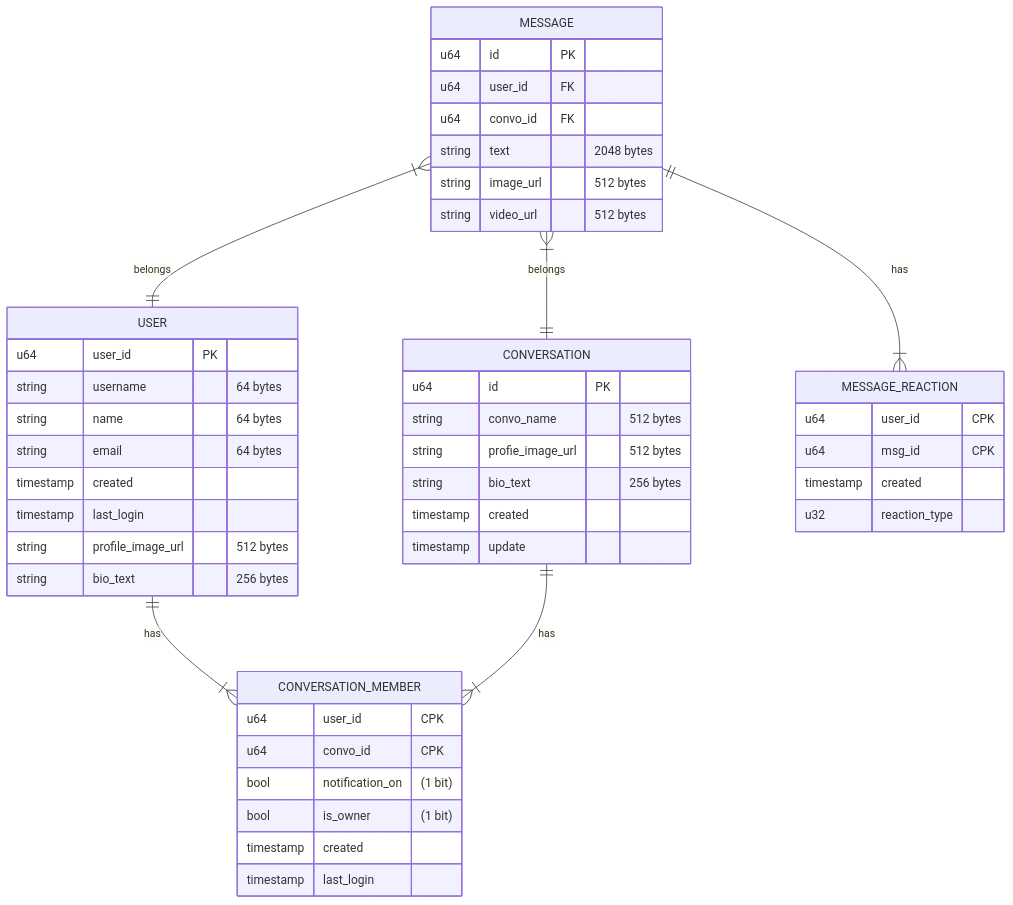
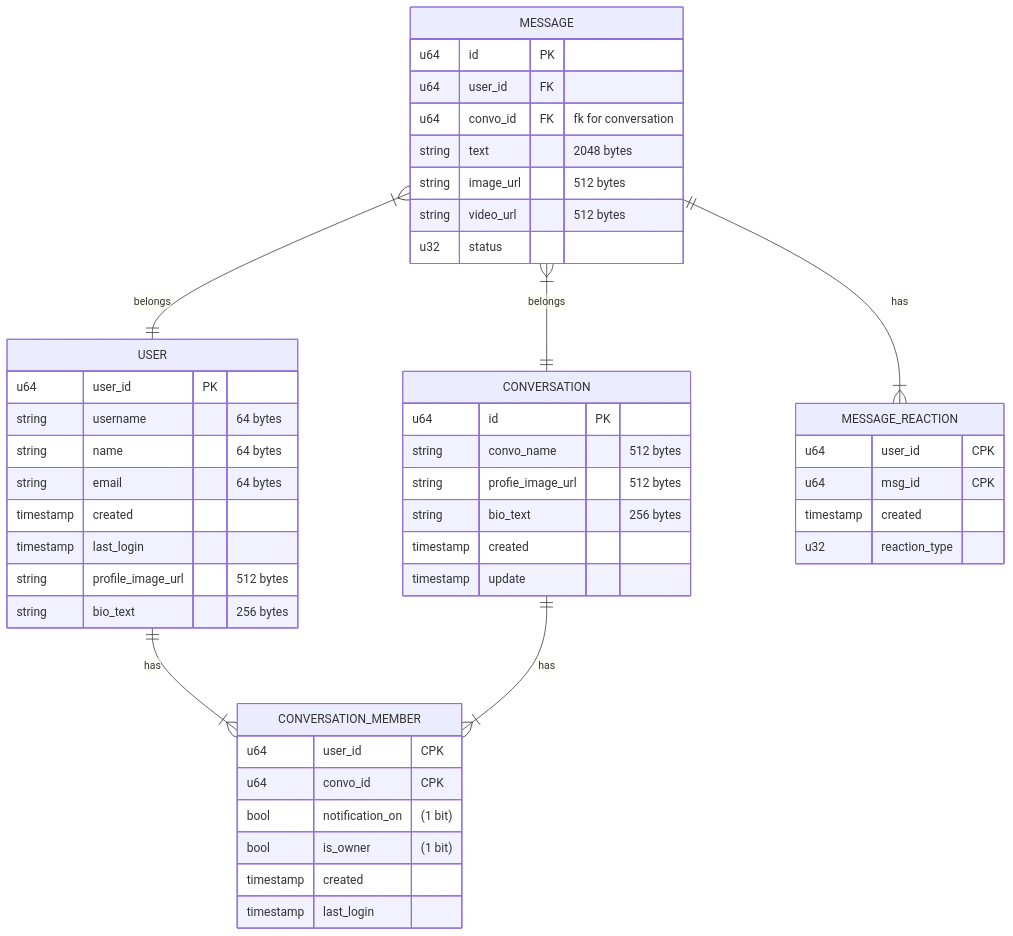
The diagram in sys-design/hacking/28_messaging_persistent_storage.md (brpandey/leetcode-notes), drawn with Mermaid before and after one commit. The commit also changed 2 other files, not shown here.

Commit message:
Updated ERD tables

````diff
--- a/sys-design/hacking/28_messaging_persistent_storage.md
+++ b/sys-design/hacking/28_messaging_persistent_storage.md
@@ -30,53 +30,54 @@
 ```mermaid
 erDiagram
     MESSAGE }|--|| USER : belongs
     MESSAGE }|--|| CONVERSATION : belongs
     MESSAGE ||--|{ MESSAGE_REACTION : has
     USER ||--|{ CONVERSATION_MEMBER : has 
     CONVERSATION ||--|{ CONVERSATION_MEMBER : has 
 
     MESSAGE {
         u64 id PK
         u64 user_id FK 
-        u64 convo_id FK
+        u64 convo_id FK "fk for conversation"
         string text "2048 bytes"
         string image_url "512 bytes"
         string video_url "512 bytes"
+        u32 status
     }
 
     MESSAGE_REACTION {
         u64 user_id "CPK"
         u64 msg_id "CPK"
         timestamp created 
         u32 reaction_type
     }
 
     CONVERSATION {
         u64 id PK
         string convo_name "512 bytes"
         string profie_image_url "512 bytes"
         string bio_text "256 bytes"
         timestamp created
         timestamp update
     }
 
     USER {
         u64 user_id PK
         string username "64 bytes"
         string name "64 bytes"
         string email "64 bytes"
         timestamp created
         timestamp last_login
         string profile_image_url "512 bytes"
         string bio_text "256 bytes"
     }
 
     CONVERSATION_MEMBER {
         u64 user_id "CPK"
         u64 convo_id "CPK"
         bool notification_on "(1 bit)"
         bool is_owner "(1 bit)"
         timestamp created
         timestamp last_login
     }
 ```
````
